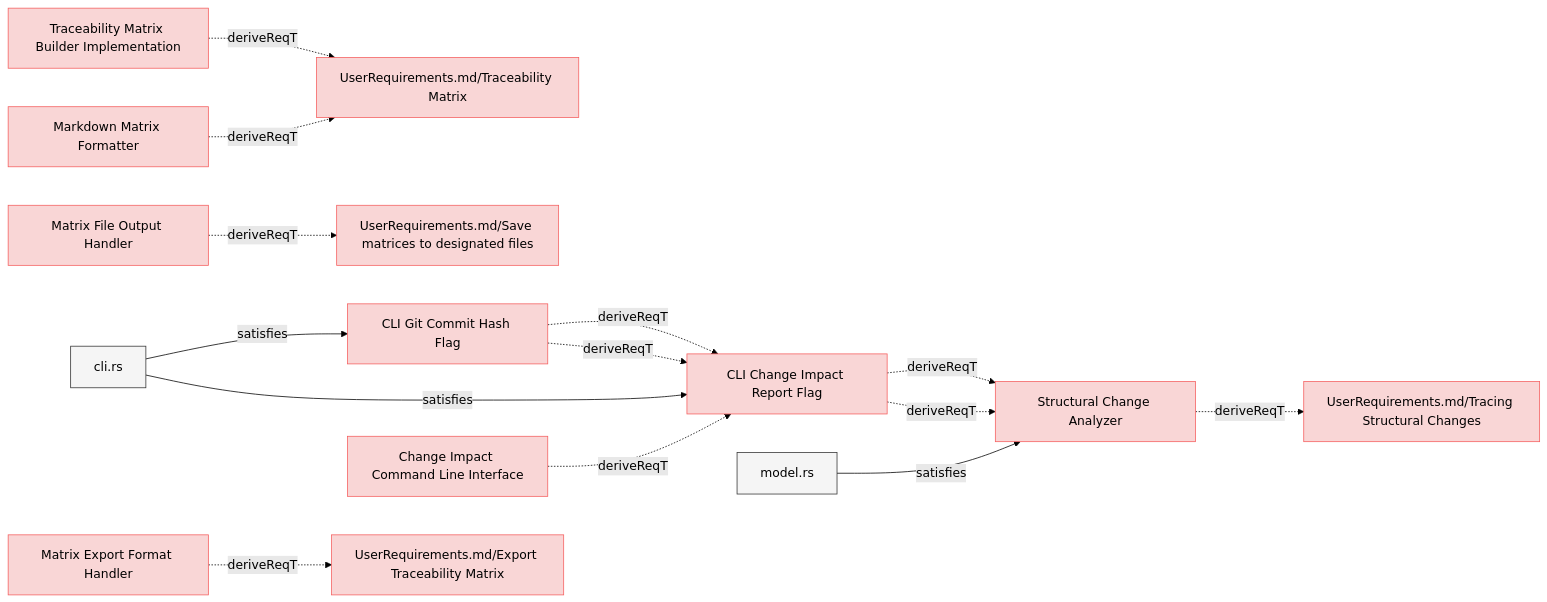
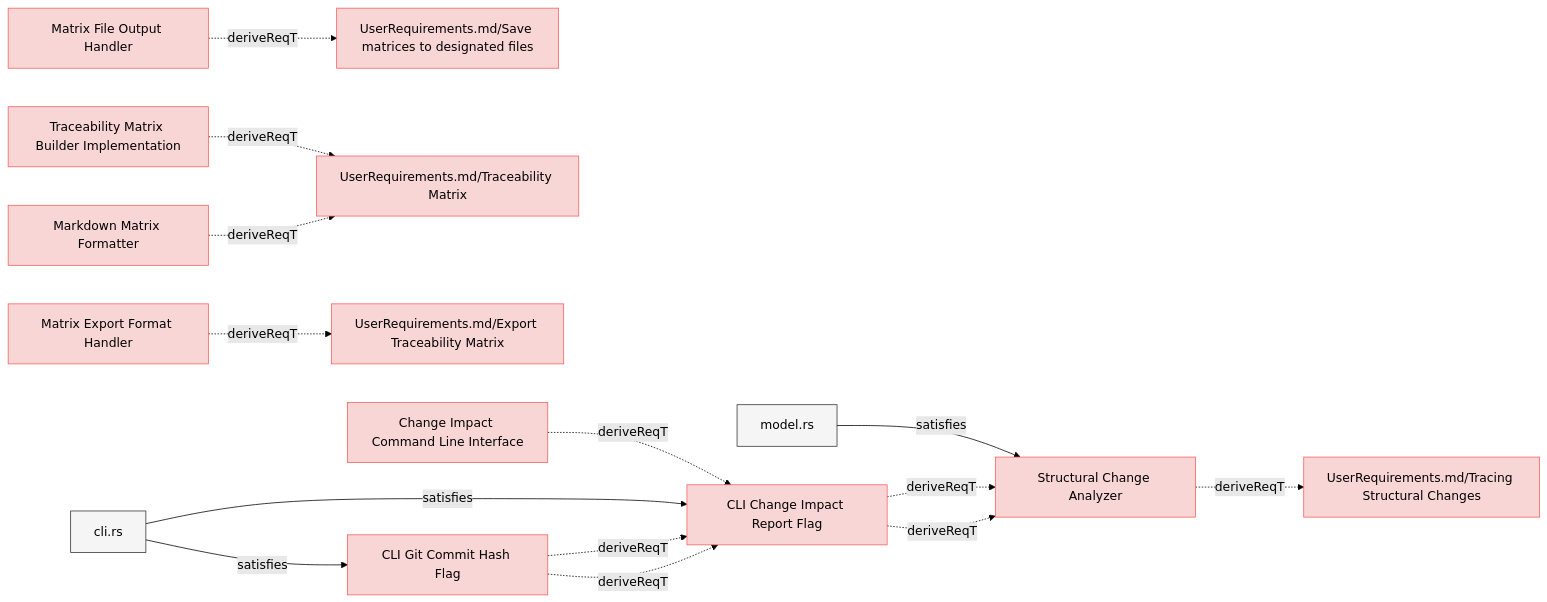
The sixth of 8 diagrams in specifications/SystemRequirements/Requirements.md (reqvire-org/reqvire), drawn with Mermaid (forest theme) before and after one commit. The commit also changed other lines of this file and 8 other files, not shown here.

Commit message:
DIagrams Update.

````diff
--- a/specifications/SystemRequirements/Requirements.md
+++ b/specifications/SystemRequirements/Requirements.md
@@ -754,64 +754,64 @@
 ```mermaid
 graph LR;
   %% Graph styling
   classDef requirement fill:#f9d6d6,stroke:#f55f5f,stroke-width:1px;
   classDef verification fill:#d6f9d6,stroke:#5fd75f,stroke-width:1px;
   classDef externalLink fill:#d0e0ff,stroke:#3080ff,stroke-width:1px;
   classDef default fill:#f5f5f5,stroke:#333333,stroke-width:1px;
 
-  5eca866a03["Traceability Matrix Builder Implementation"];
-  click 5eca866a03 "Requirements.md#traceability-matrix-builder-implementation";
-  class 5eca866a03 requirement;
-  ba40352f8e["UserRequirements.md/Traceability Matrix"];
-  class ba40352f8e requirement;
-  click ba40352f8e "../UserRequirements.md#traceability-matrix";
-  5eca866a03 -.->|deriveReqT| ba40352f8e;
-  d7e5fbf806["Markdown Matrix Formatter"];
-  click d7e5fbf806 "Requirements.md#markdown-matrix-formatter";
-  class d7e5fbf806 requirement;
-  d7e5fbf806 -.->|deriveReqT| ba40352f8e;
-  b8b4018461["CLI Git Commit Hash Flag"];
-  click b8b4018461 "Requirements.md#cli-git-commit-hash-flag";
-  class b8b4018461 requirement;
-  665b7456c9["CLI Change Impact Report Flag"];
-  class 665b7456c9 requirement;
-  click 665b7456c9 "Requirements.md#cli-change-impact-report-flag";
-  b8b4018461 -.->|deriveReqT| 665b7456c9;
-  11ffc4632a["cli.rs"];
-  class 11ffc4632a default;
-  click 11ffc4632a "../../cli/src/cli.rs";
-  11ffc4632a -->|satisfies| b8b4018461;
   83a2343e97["Matrix File Output Handler"];
   click 83a2343e97 "Requirements.md#matrix-file-output-handler";
   class 83a2343e97 requirement;
   c4b025f6ac["UserRequirements.md/Save matrices to designated files"];
   class c4b025f6ac requirement;
   click c4b025f6ac "../UserRequirements.md#save-matrices-to-designated-files";
   83a2343e97 -.->|deriveReqT| c4b025f6ac;
-  8897111f9b["Matrix Export Format Handler"];
-  click 8897111f9b "Requirements.md#matrix-export-format-handler";
-  class 8897111f9b requirement;
-  4b7b432817["UserRequirements.md/Export Traceability Matrix"];
-  class 4b7b432817 requirement;
-  click 4b7b432817 "../UserRequirements.md#export-traceability-matrix";
-  8897111f9b -.->|deriveReqT| 4b7b432817;
   918cc4a26d["Structural Change Analyzer"];
+  click 918cc4a26d "Requirements.md#structural-change-analyzer";
   class 918cc4a26d requirement;
-  click 918cc4a26d "Requirements.md#structural-change-analyzer";
-  665b7456c9 -.->|deriveReqT| 918cc4a26d;
-  11ffc4632a -->|satisfies| 665b7456c9;
-  b8b4018461 -.->|deriveReqT| 665b7456c9;
-  9d6f79f601["Change Impact Command Line Interface"];
-  class 9d6f79f601 requirement;
-  click 9d6f79f601 "ChangeImpactRequirements.md#change-impact-command-line-interface";
-  9d6f79f601 -.->|deriveReqT| 665b7456c9;
   91ebf7e73d["UserRequirements.md/Tracing Structural Changes"];
   class 91ebf7e73d requirement;
   click 91ebf7e73d "../UserRequirements.md#tracing-structural-changes";
   918cc4a26d -.->|deriveReqT| 91ebf7e73d;
   cc976e6bcd["model.rs"];
   class cc976e6bcd default;
   click cc976e6bcd "../../core/src/change_impact.rs";
   cc976e6bcd -->|satisfies| 918cc4a26d;
+  665b7456c9["CLI Change Impact Report Flag"];
+  class 665b7456c9 requirement;
+  click 665b7456c9 "Requirements.md#cli-change-impact-report-flag";
   665b7456c9 -.->|deriveReqT| 918cc4a26d;
+  b8b4018461["CLI Git Commit Hash Flag"];
+  click b8b4018461 "Requirements.md#cli-git-commit-hash-flag";
+  class b8b4018461 requirement;
+  b8b4018461 -.->|deriveReqT| 665b7456c9;
+  11ffc4632a["cli.rs"];
+  class 11ffc4632a default;
+  click 11ffc4632a "../../cli/src/cli.rs";
+  11ffc4632a -->|satisfies| b8b4018461;
+  d7e5fbf806["Markdown Matrix Formatter"];
+  click d7e5fbf806 "Requirements.md#markdown-matrix-formatter";
+  class d7e5fbf806 requirement;
+  ba40352f8e["UserRequirements.md/Traceability Matrix"];
+  class ba40352f8e requirement;
+  click ba40352f8e "../UserRequirements.md#traceability-matrix";
+  d7e5fbf806 -.->|deriveReqT| ba40352f8e;
+  665b7456c9 -.->|deriveReqT| 918cc4a26d;
+  11ffc4632a -->|satisfies| 665b7456c9;
+  9d6f79f601["Change Impact Command Line Interface"];
+  class 9d6f79f601 requirement;
+  click 9d6f79f601 "ChangeImpactRequirements.md#change-impact-command-line-interface";
+  9d6f79f601 -.->|deriveReqT| 665b7456c9;
+  b8b4018461 -.->|deriveReqT| 665b7456c9;
+  8897111f9b["Matrix Export Format Handler"];
+  click 8897111f9b "Requirements.md#matrix-export-format-handler";
+  class 8897111f9b requirement;
+  4b7b432817["UserRequirements.md/Export Traceability Matrix"];
+  class 4b7b432817 requirement;
+  click 4b7b432817 "../UserRequirements.md#export-traceability-matrix";
+  8897111f9b -.->|deriveReqT| 4b7b432817;
+  5eca866a03["Traceability Matrix Builder Implementation"];
+  click 5eca866a03 "Requirements.md#traceability-matrix-builder-implementation";
+  class 5eca866a03 requirement;
+  5eca866a03 -.->|deriveReqT| ba40352f8e;
 ```
````
